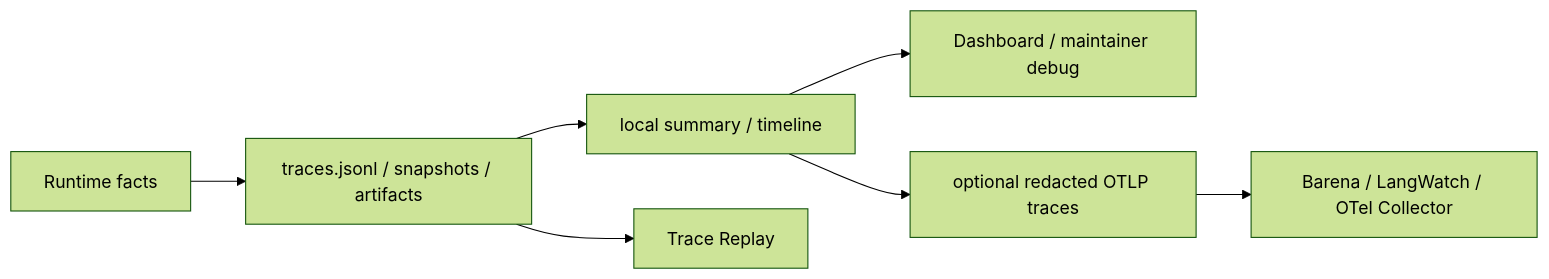
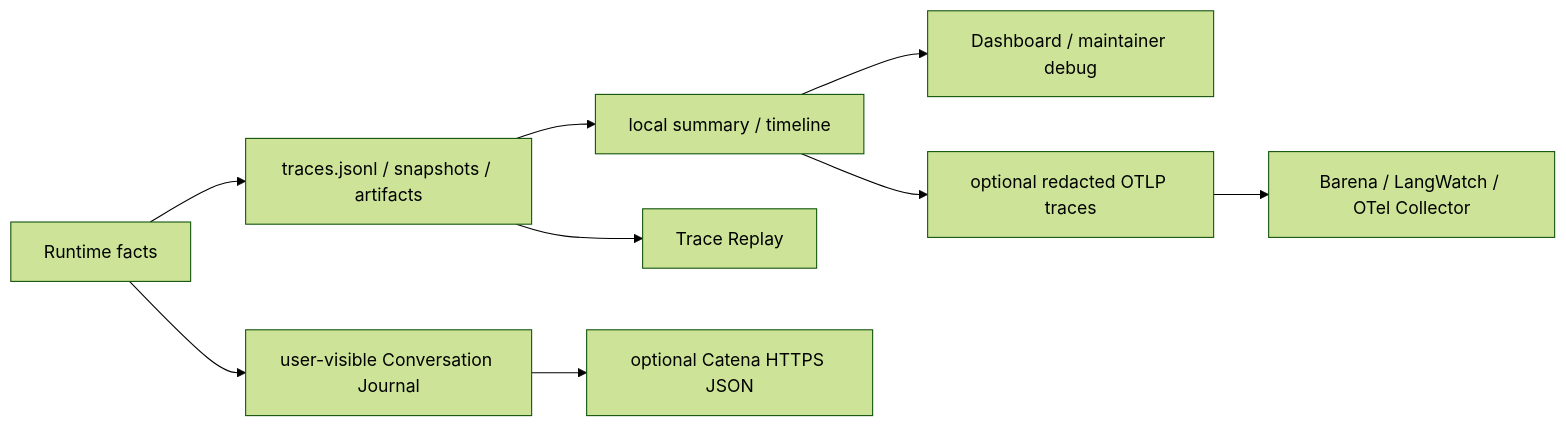
Before and after one commit to fightheyyy/xiaobaOS: the diagram in docs/observability-evidence/PLAN.md, drawn with Mermaid (forest theme). The commit also changed other lines of this file and 25 other files, not shown here.

Commit message:
Persist and export user-visible conversations

````diff
--- a/docs/observability-evidence/PLAN.md
+++ b/docs/observability-evidence/PLAN.md
@@ -20,9 +24,11 @@
 ```mermaid
 flowchart LR
     Runtime["Runtime facts"] --> Logs["traces.jsonl / snapshots / artifacts"]
     Logs --> Projection["local summary / timeline"]
     Logs --> Replay["Trace Replay"]
     Projection --> Debug["Dashboard / maintainer debug"]
     Projection --> OTLP["optional redacted OTLP traces"]
     OTLP --> Collector["Barena / LangWatch / OTel Collector"]
+    Runtime --> Conversation["user-visible Conversation Journal"]
+    Conversation --> Catena["optional Catena HTTPS JSON"]
 ```
````
